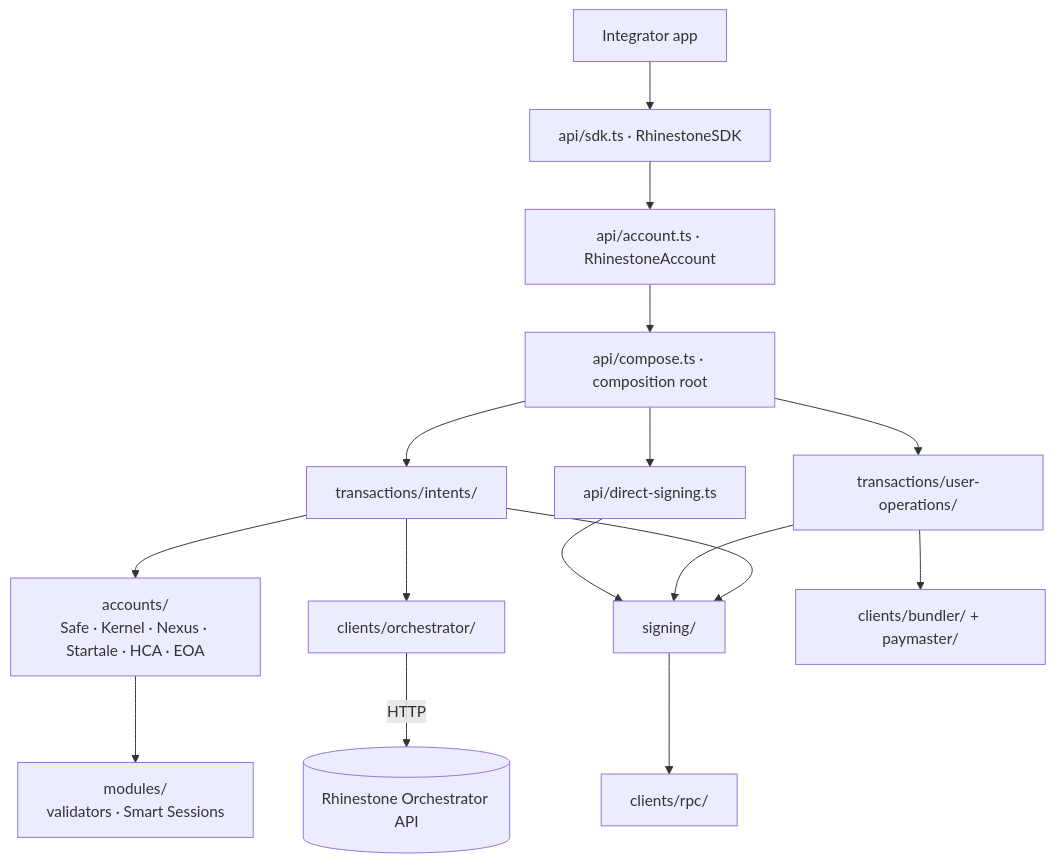
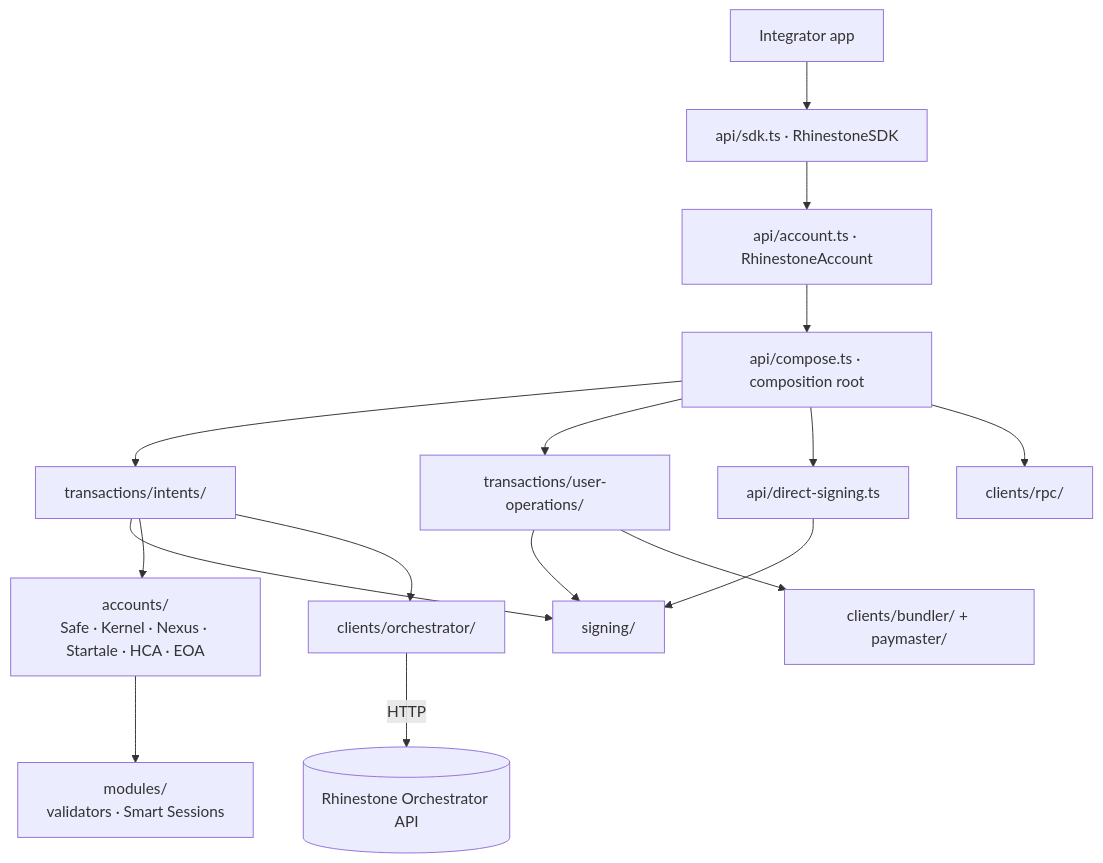
Before and after one commit to rhinestonewtf/sdk: the first of 2 diagrams in docs/architecture.md, drawn with Mermaid. The commit also changed other lines of this file and 3 other files, not shown here.

````diff
--- a/docs/architecture.md
+++ b/docs/architecture.md
@@ -9,22 +9,22 @@
 ```mermaid
 graph TD
   App[Integrator app] --> SDK[api/sdk.ts · RhinestoneSDK]
   SDK --> Account[api/account.ts · RhinestoneAccount]
   Account --> Compose[api/compose.ts · composition root]
 
   Compose --> Intents[transactions/intents/]
   Compose --> UserOps[transactions/user-operations/]
   Compose --> Direct[api/direct-signing.ts]
 
   Intents --> Signing[signing/]
   UserOps --> Signing
   Direct --> Signing
 
   Intents --> Accounts[accounts/<br/>Safe · Kernel · Nexus · Startale · HCA · EOA]
   Accounts --> Modules[modules/<br/>validators · Smart Sessions]
   Intents --> Orch[clients/orchestrator/]
   UserOps --> Bundler[clients/bundler/ + paymaster/]
-  Signing --> Rpc[clients/rpc/]
+  Compose --> Rpc[clients/rpc/]
 
   Orch -->|HTTP| API[(Rhinestone Orchestrator API)]
 ```
````
